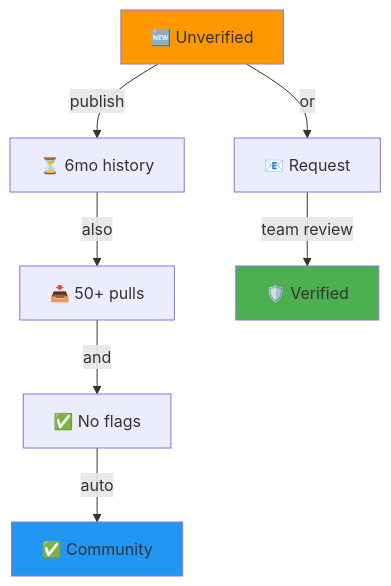
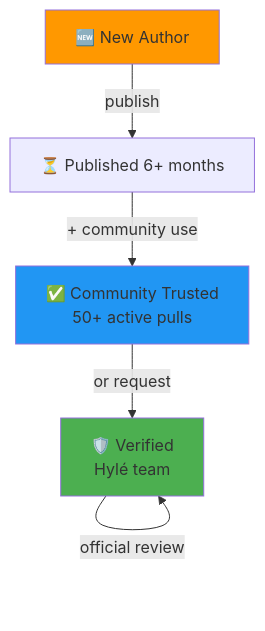
One commit to kittender/hyle changed the second of 3 diagrams in web/docs/concepts.md. Above: the diagram before and after it, drawn with Mermaid. The commit also changed other lines of this file and 33 other files, not shown here.

````diff
--- a/web/docs/concepts.md
+++ b/web/docs/concepts.md
@@ -111,21 +65,16 @@
 ```mermaid
 graph TD
-    New["🆕 Unverified"]
-    Time["⏳ 6mo history"]
-    Pulls["📥 50+ pulls"]
-    NoFlags["✅ No flags"]
-    Community["✅ Community"]
-    Email["📧 Request"]
-    Manual["🛡️ Verified"]
+    New["🆕 New Author"]
+    Time["⏳ Published 6+ months"]
+    Community["✅ Community Trusted<br/>50+ active pulls"]
+    Team["🛡️ Verified<br/>Hylé team"]
     
     New -->|publish| Time
-    Time -->|also| Pulls
-    Pulls -->|and| NoFlags
-    NoFlags -->|auto| Community
-    New -->|or| Email
-    Email -->|team review| Manual
+    Time -->|+ community use| Community
+    Community -->|or request| Team
+    Team -->|official review| Team
     
     style New fill:#ff9800
     style Community fill:#2196f3
-    style Manual fill:#4caf50
+    style Team fill:#4caf50
 ```
````
